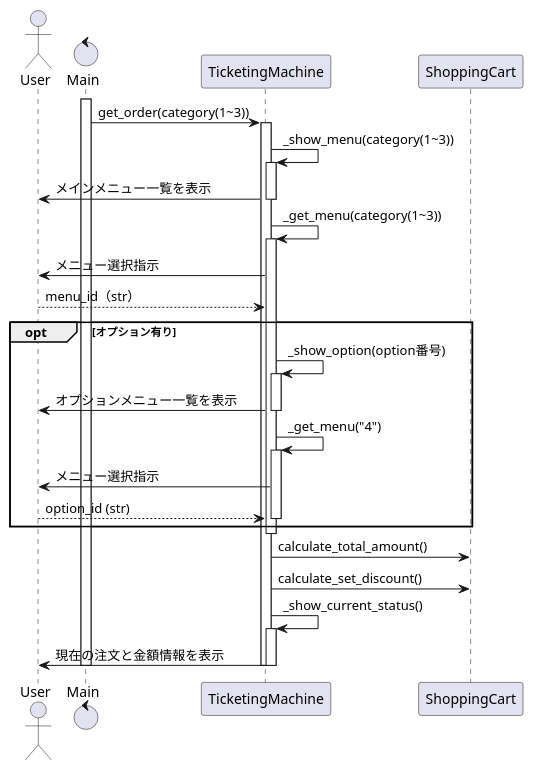
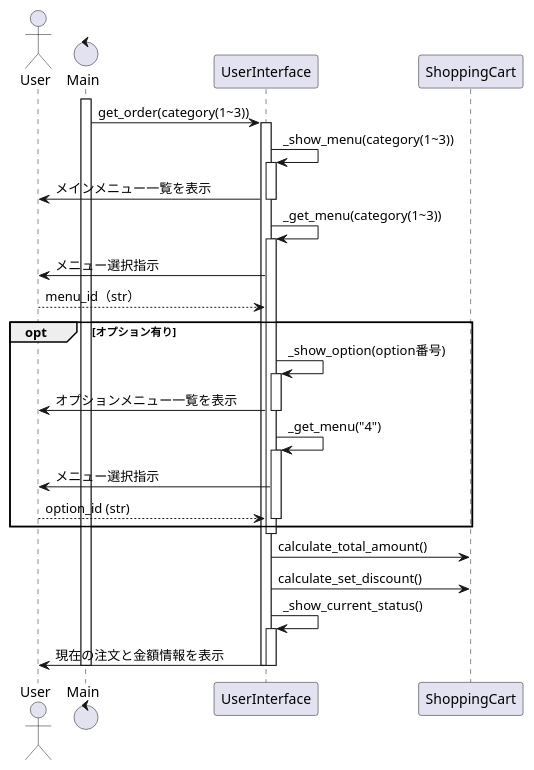
One commit to Design-Practice-Team/design changed the sixth of 7 diagrams in AP_H31_Spring_PM03/Suzuki/try1/ticket_machine.md. Above: the diagram before and after it, drawn with PlantUML. The commit also changed other lines of this file and 5 other files, not shown here.

````diff
--- a/AP_H31_Spring_PM03/Suzuki/try1/ticket_machine.md
+++ b/AP_H31_Spring_PM03/Suzuki/try1/ticket_machine.md
@@ -256,49 +256,49 @@
 ```plantuml
 @startuml
 actor User
 control Main
-participant TicketingMachine
+participant UserInterface
 participant ShoppingCart
 
 activate Main
 
-Main -> TicketingMachine : get_order(category(1~3))
-activate TicketingMachine
-    TicketingMachine -> TicketingMachine : _show_menu(category(1~3))
-    activate TicketingMachine
-    TicketingMachine -> User : メインメニュー一覧を表示
-    deactivate TicketingMachine
+Main -> UserInterface : get_order(category(1~3))
+activate UserInterface
+    UserInterface -> UserInterface : _show_menu(category(1~3))
+    activate UserInterface
+    UserInterface -> User : メインメニュー一覧を表示
+    deactivate UserInterface
 
-    TicketingMachine -> TicketingMachine : _get_menu(category(1~3))
-    activate TicketingMachine
-    TicketingMachine -> User : メニュー選択指示
-    User --> TicketingMachine : menu_id（str）
+    UserInterface -> UserInterface : _get_menu(category(1~3))
+    activate UserInterface
+    UserInterface -> User : メニュー選択指示
+    User --> UserInterface : menu_id（str）
 
     opt オプション有り
-        TicketingMachine -> TicketingMachine : _show_option(option番号)
-        activate TicketingMachine
-        TicketingMachine -> User : オプションメニュー一覧を表示
-        deactivate TicketingMachine
+        UserInterface -> UserInterface : _show_option(option番号)
+        activate UserInterface
+        UserInterface -> User : オプションメニュー一覧を表示
+        deactivate UserInterface
 
-        TicketingMachine -> TicketingMachine : _get_menu("4")
-        activate TicketingMachine
-        TicketingMachine -> User : メニュー選択指示
-        User --> TicketingMachine : option_id (str)
-        deactivate TicketingMachine
+        UserInterface -> UserInterface : _get_menu("4")
+        activate UserInterface
+        UserInterface -> User : メニュー選択指示
+        User --> UserInterface : option_id (str)
+        deactivate UserInterface
     end
-    deactivate TicketingMachine
+    deactivate UserInterface
 
-    TicketingMachine -> ShoppingCart : calculate_total_amount()
-    TicketingMachine -> ShoppingCart : calculate_set_discount()
+    UserInterface -> ShoppingCart : calculate_total_amount()
+    UserInterface -> ShoppingCart : calculate_set_discount()
 
-    TicketingMachine -> TicketingMachine : _show_current_status()
-    activate TicketingMachine
-    TicketingMachine -> User : 現在の注文と金額情報を表示
-    deactivate TicketingMachine
+    UserInterface -> UserInterface : _show_current_status()
+    activate UserInterface
+    UserInterface -> User : 現在の注文と金額情報を表示
+    deactivate UserInterface
 
-    deactivate TicketingMachine
+    deactivate UserInterface
 
 deactivate Main
 
 @enduml
 ```
````
